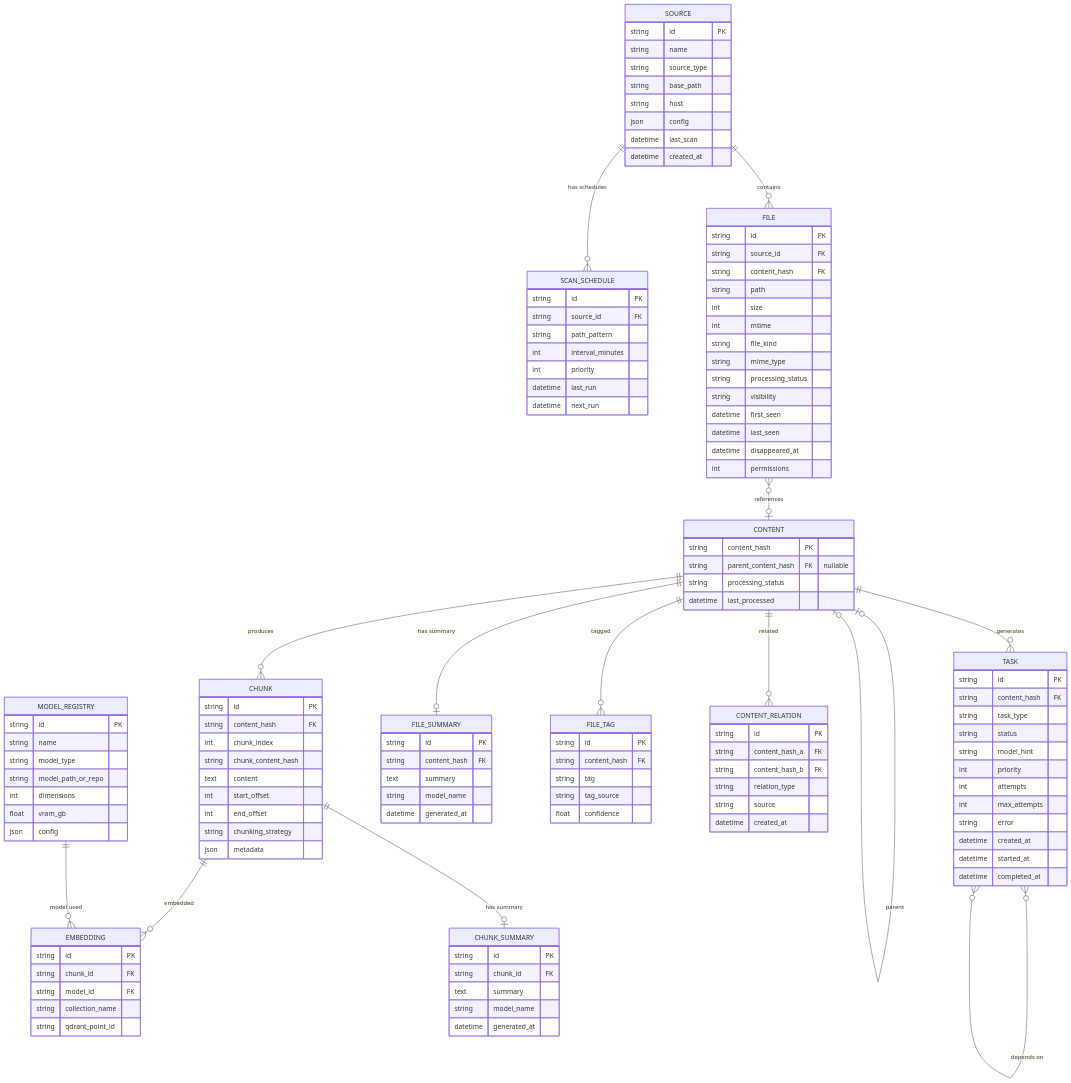
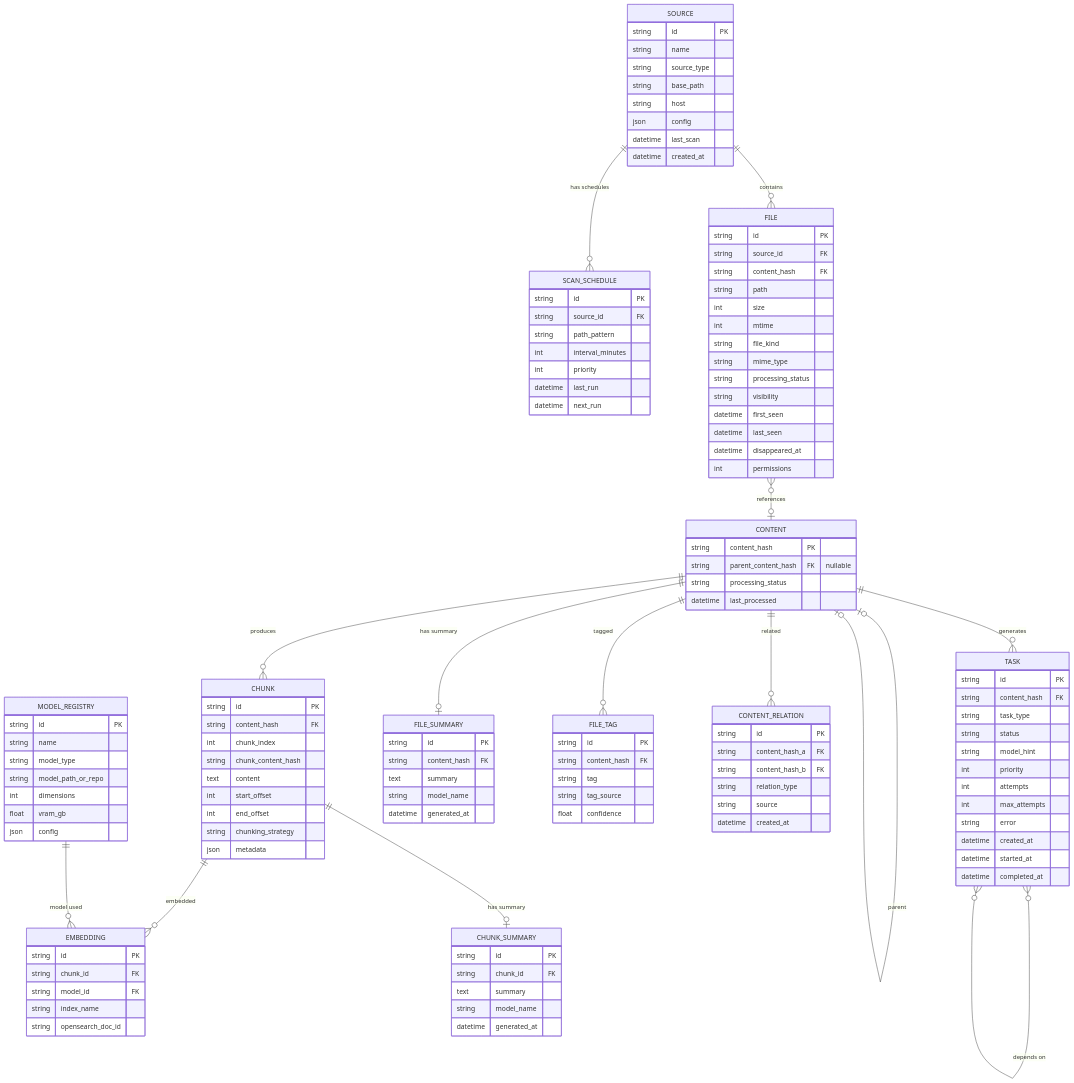
The first of 6 diagrams in docs/data-model.md (kenhia/kris), drawn with Mermaid before and after one commit. The commit also changed other lines of this file and 43 other files, not shown here.

```diff
--- a/docs/data-model.md
+++ b/docs/data-model.md
@@ -107,8 +107,8 @@
         string id PK
         string chunk_id FK
         string model_id FK
-        string collection_name
-        string qdrant_point_id
+        string index_name
+        string opensearch_doc_id
     }
 
     MODEL_REGISTRY {
```
